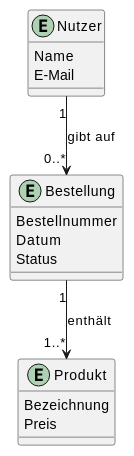
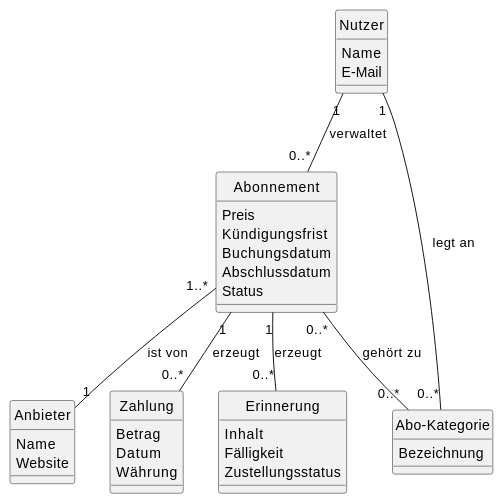
The diagram in docs/product/domain_glossary.adoc (SE-Team-E1/SE-SubscriptionGuard), drawn with PlantUML before and after one commit. The commit also changed other lines of this file and 1 other file, not shown here.

Commit message:
refactor(domainmodel, architecture) finalised adr decisions

```diff
--- a/docs/product/domain_glossary.adoc
+++ b/docs/product/domain_glossary.adoc
@@ -56,26 +135,49 @@
 [plantuml, domain-model, svg]
 ....
 @startuml
-' Beispiel — bitte durch das echte Domänenmodell ersetzen
+hide circle
+skinparam classAttributeIconSize 0
 
-entity Nutzer {
+class Nutzer {
   Name
   E-Mail
 }
 
-entity Bestellung {
-  Bestellnummer
-  Datum
+class Abonnement {
+  Preis
+  Kündigungsfrist
+  Buchungsdatum
+  Abschlussdatum
   Status
 }
 
-entity Produkt {
+class "Abo-Kategorie" as Kategorie {
   Bezeichnung
-  Preis
 }
 
-Nutzer "1" --> "0..*" Bestellung : gibt auf
-Bestellung "1" --> "1..*" Produkt : enthält
+class Anbieter {
+  Name
+  Website
+}
+
+class Zahlung {
+  Betrag
+  Datum
+  Währung
+}
+
+class Erinnerung {
+  Inhalt
+  Fälligkeit
+  Zustellungsstatus
+}
+
+Nutzer "1" -- "0..*" Abonnement : verwaltet
+Nutzer "1" -- "0..*" Kategorie : legt an
+Abonnement "0..*" -- "0..*" Kategorie : gehört zu
+Abonnement "1..*" -- "1" Anbieter : ist von
+Abonnement "1" -- "0..*" Zahlung : erzeugt
+Abonnement "1" -- "0..*" Erinnerung : erzeugt
 
 @enduml
 ....
```
